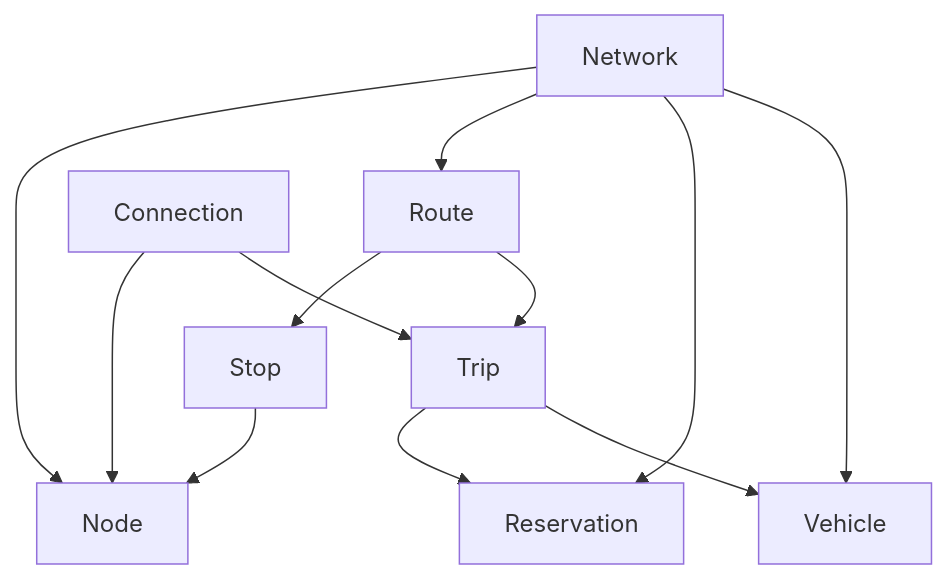
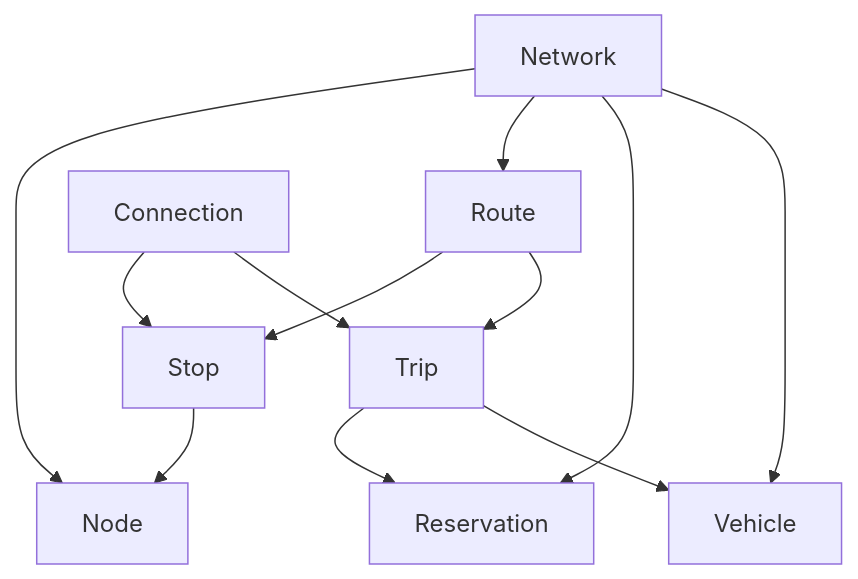
Before and after one commit to maptic/osurs: the second of 2 diagrams in README.md, drawn with Mermaid.

Commit message:
Add connection of node to routes.

````diff
--- a/README.md
+++ b/README.md
@@ -34,14 +34,14 @@
 ```mermaid
 graph TD;
   Network-->Node;
   Network-->Route;
   Network-->Reservation;
   Network-->Vehicle;
   Route-->Stop;
   Route-->Trip;
   Stop-->Node;
   Trip-->Reservation;
   Trip-->Vehicle;
-  Connection-->Node;
+  Connection-->Stop;
   Connection-->Trip;
 ```
````
